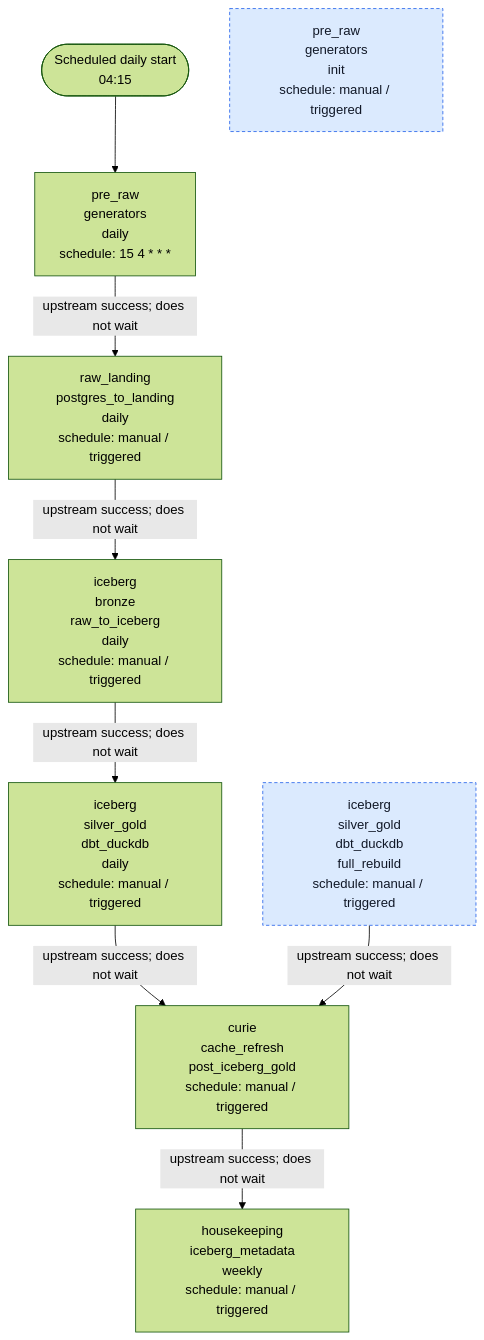
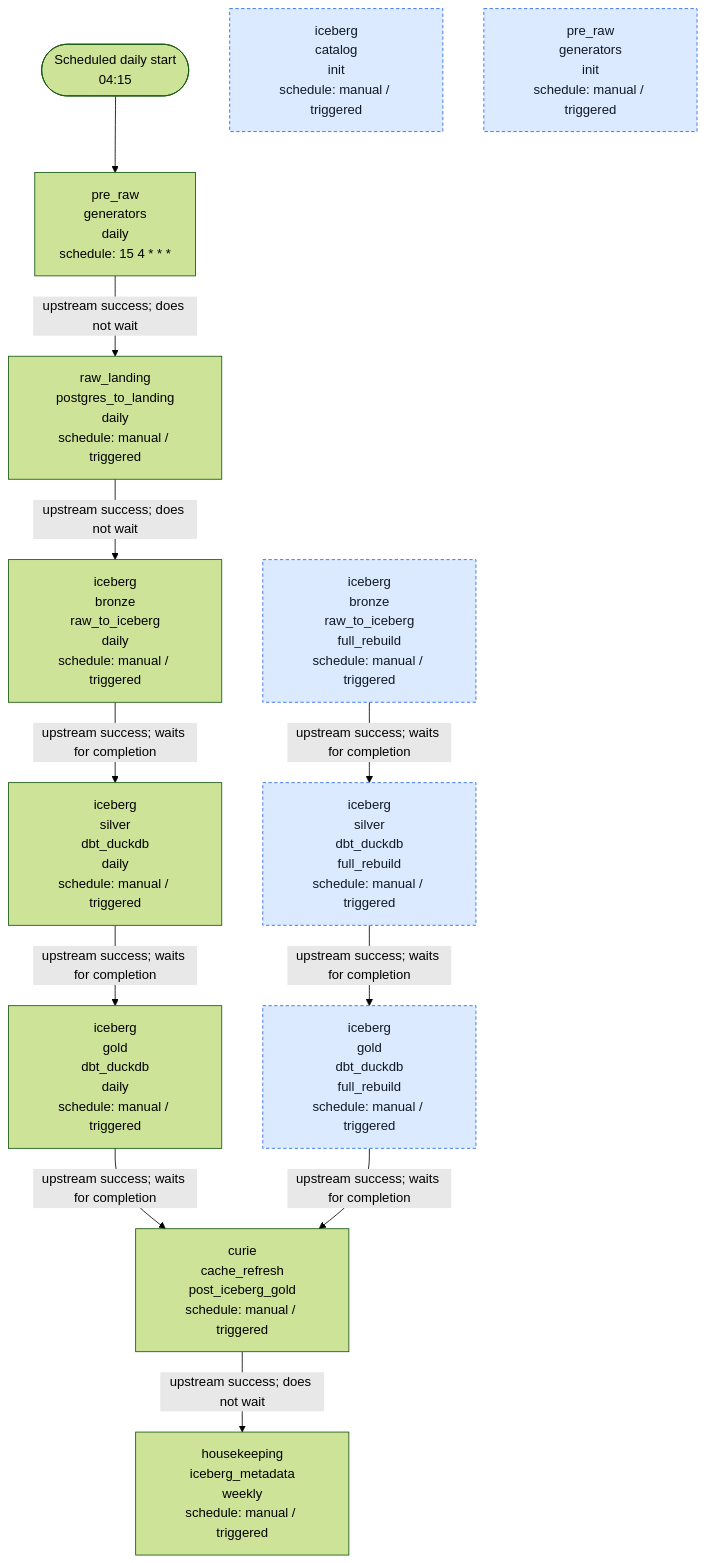
Before and after one commit to AntonMiniazev/ampere_project: the diagram in docs/dataflow/diagrams/airflow_dags.mmd, drawn with Mermaid (forest theme). The commit also changed 58 other files, not shown here.

Commit message:
refactor(iceberg): initialize contract v3 and split dbt layers

```diff
--- a/docs/dataflow/diagrams/airflow_dags.mmd
+++ b/docs/dataflow/diagrams/airflow_dags.mmd
@@ -1,22 +1,32 @@
 flowchart TD
     START(["Scheduled daily start<br/>04:15"])
     D_AMPERE__CURIE__CACHE_REFRESH__POST_ICEBERG_GOLD["curie<br/>cache_refresh<br/>post_iceberg_gold<br/>schedule: manual / triggered"]
     D_AMPERE__HOUSEKEEPING__ICEBERG_METADATA__WEEKLY["housekeeping<br/>iceberg_metadata<br/>weekly<br/>schedule: manual / triggered"]
     D_AMPERE__ICEBERG__BRONZE__RAW_TO_ICEBERG__DAILY["iceberg<br/>bronze<br/>raw_to_iceberg<br/>daily<br/>schedule: manual / triggered"]
-    D_AMPERE__ICEBERG__SILVER_GOLD__DBT_DUCKDB__DAILY["iceberg<br/>silver_gold<br/>dbt_duckdb<br/>daily<br/>schedule: manual / triggered"]
-    D_AMPERE__ICEBERG__SILVER_GOLD__DBT_DUCKDB__FULL_REBUILD["iceberg<br/>silver_gold<br/>dbt_duckdb<br/>full_rebuild<br/>schedule: manual / triggered"]
+    D_AMPERE__ICEBERG__BRONZE__RAW_TO_ICEBERG__FULL_REBUILD["iceberg<br/>bronze<br/>raw_to_iceberg<br/>full_rebuild<br/>schedule: manual / triggered"]
+    D_AMPERE__ICEBERG__CATALOG__INIT["iceberg<br/>catalog<br/>init<br/>schedule: manual / triggered"]
+    D_AMPERE__ICEBERG__GOLD__DBT_DUCKDB__DAILY["iceberg<br/>gold<br/>dbt_duckdb<br/>daily<br/>schedule: manual / triggered"]
+    D_AMPERE__ICEBERG__GOLD__DBT_DUCKDB__FULL_REBUILD["iceberg<br/>gold<br/>dbt_duckdb<br/>full_rebuild<br/>schedule: manual / triggered"]
+    D_AMPERE__ICEBERG__SILVER__DBT_DUCKDB__DAILY["iceberg<br/>silver<br/>dbt_duckdb<br/>daily<br/>schedule: manual / triggered"]
+    D_AMPERE__ICEBERG__SILVER__DBT_DUCKDB__FULL_REBUILD["iceberg<br/>silver<br/>dbt_duckdb<br/>full_rebuild<br/>schedule: manual / triggered"]
     D_AMPERE__PRE_RAW__GENERATORS__DAILY["pre_raw<br/>generators<br/>daily<br/>schedule: 15 4 * * *"]
     D_AMPERE__PRE_RAW__GENERATORS__INIT["pre_raw<br/>generators<br/>init<br/>schedule: manual / triggered"]
     D_AMPERE__RAW_LANDING__POSTGRES_TO_LANDING__DAILY["raw_landing<br/>postgres_to_landing<br/>daily<br/>schedule: manual / triggered"]
 
     START --> D_AMPERE__PRE_RAW__GENERATORS__DAILY
     D_AMPERE__CURIE__CACHE_REFRESH__POST_ICEBERG_GOLD -->|"upstream success; does not wait"| D_AMPERE__HOUSEKEEPING__ICEBERG_METADATA__WEEKLY
-    D_AMPERE__ICEBERG__BRONZE__RAW_TO_ICEBERG__DAILY -->|"upstream success; does not wait"| D_AMPERE__ICEBERG__SILVER_GOLD__DBT_DUCKDB__DAILY
-    D_AMPERE__ICEBERG__SILVER_GOLD__DBT_DUCKDB__DAILY -->|"upstream success; does not wait"| D_AMPERE__CURIE__CACHE_REFRESH__POST_ICEBERG_GOLD
-    D_AMPERE__ICEBERG__SILVER_GOLD__DBT_DUCKDB__FULL_REBUILD -->|"upstream success; does not wait"| D_AMPERE__CURIE__CACHE_REFRESH__POST_ICEBERG_GOLD
+    D_AMPERE__ICEBERG__BRONZE__RAW_TO_ICEBERG__DAILY -->|"upstream success; waits for completion"| D_AMPERE__ICEBERG__SILVER__DBT_DUCKDB__DAILY
+    D_AMPERE__ICEBERG__BRONZE__RAW_TO_ICEBERG__FULL_REBUILD -->|"upstream success; waits for completion"| D_AMPERE__ICEBERG__SILVER__DBT_DUCKDB__FULL_REBUILD
+    D_AMPERE__ICEBERG__GOLD__DBT_DUCKDB__DAILY -->|"upstream success; waits for completion"| D_AMPERE__CURIE__CACHE_REFRESH__POST_ICEBERG_GOLD
+    D_AMPERE__ICEBERG__GOLD__DBT_DUCKDB__FULL_REBUILD -->|"upstream success; waits for completion"| D_AMPERE__CURIE__CACHE_REFRESH__POST_ICEBERG_GOLD
+    D_AMPERE__ICEBERG__SILVER__DBT_DUCKDB__DAILY -->|"upstream success; waits for completion"| D_AMPERE__ICEBERG__GOLD__DBT_DUCKDB__DAILY
+    D_AMPERE__ICEBERG__SILVER__DBT_DUCKDB__FULL_REBUILD -->|"upstream success; waits for completion"| D_AMPERE__ICEBERG__GOLD__DBT_DUCKDB__FULL_REBUILD
     D_AMPERE__PRE_RAW__GENERATORS__DAILY -->|"upstream success; does not wait"| D_AMPERE__RAW_LANDING__POSTGRES_TO_LANDING__DAILY
     D_AMPERE__RAW_LANDING__POSTGRES_TO_LANDING__DAILY -->|"upstream success; does not wait"| D_AMPERE__ICEBERG__BRONZE__RAW_TO_ICEBERG__DAILY
 
     D_AMPERE__PRE_RAW__GENERATORS__INIT:::manual
-    D_AMPERE__ICEBERG__SILVER_GOLD__DBT_DUCKDB__FULL_REBUILD:::manual
+    D_AMPERE__ICEBERG__CATALOG__INIT:::manual
+    D_AMPERE__ICEBERG__BRONZE__RAW_TO_ICEBERG__FULL_REBUILD:::manual
+    D_AMPERE__ICEBERG__SILVER__DBT_DUCKDB__FULL_REBUILD:::manual
+    D_AMPERE__ICEBERG__GOLD__DBT_DUCKDB__FULL_REBUILD:::manual
     classDef manual fill:#dbeafe,stroke:#2563eb,color:#111827,stroke-dasharray: 4 3
```
